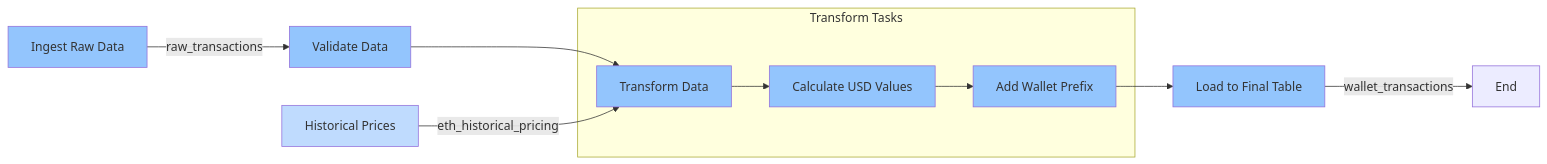
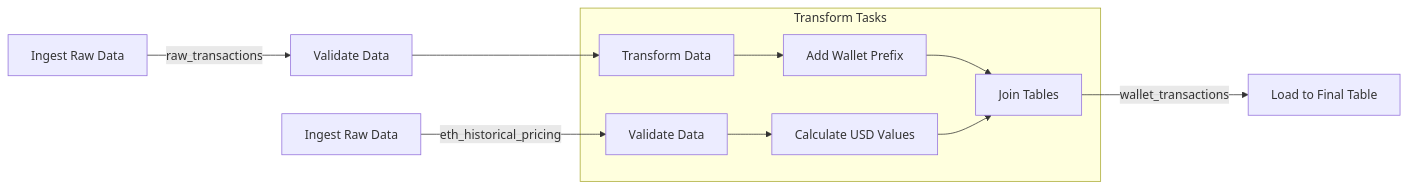
One commit to tripodoreo/ae_capstone_project changed the second of 2 diagrams in README.md. Above: the diagram before and after it, drawn with Mermaid.

````diff
--- a/README.md
+++ b/README.md
@@ -124,26 +124,16 @@
 ```mermaid
 graph LR
     A[Ingest Raw Data] --> |"raw_transactions"| B[Validate Data]
     B --> C[Transform Data]
-    D[Historical Prices] --> |"eth_historical_pricing"| C
-    
+    D[Ingest Raw Data] --> |"eth_historical_pricing"| E[Validate Data]
+
     subgraph Transform Tasks
-    C --> E[Calculate USD Values]
-    E --> F[Add Wallet Prefix]
+    C --> G[Add Wallet Prefix]
+    E --> F[Calculate USD Values]
+    G --> H[Join Tables]
+    F --> H
     end
     
-    F --> G[Load to Final Table]
-    
-    %% Add descriptions
-    G --> |"wallet_transactions"| H[End]
-    
-    %% Style nodes
-    style A fill:#93c5fd
-    style B fill:#93c5fd
-    style C fill:#93c5fd
-    style D fill:#bfdbfe
-    style E fill:#93c5fd
-    style F fill:#93c5fd
-    style G fill:#93c5fd
+    H --> |"wallet_transactions"| I[Load to Final Table]
     
 ```
````
